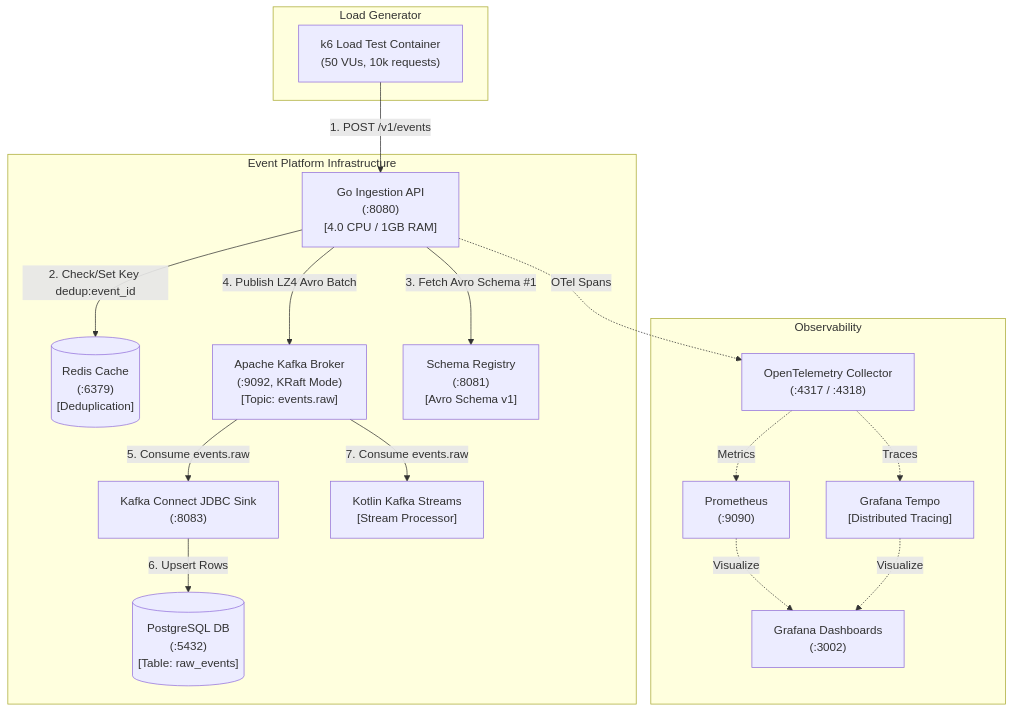
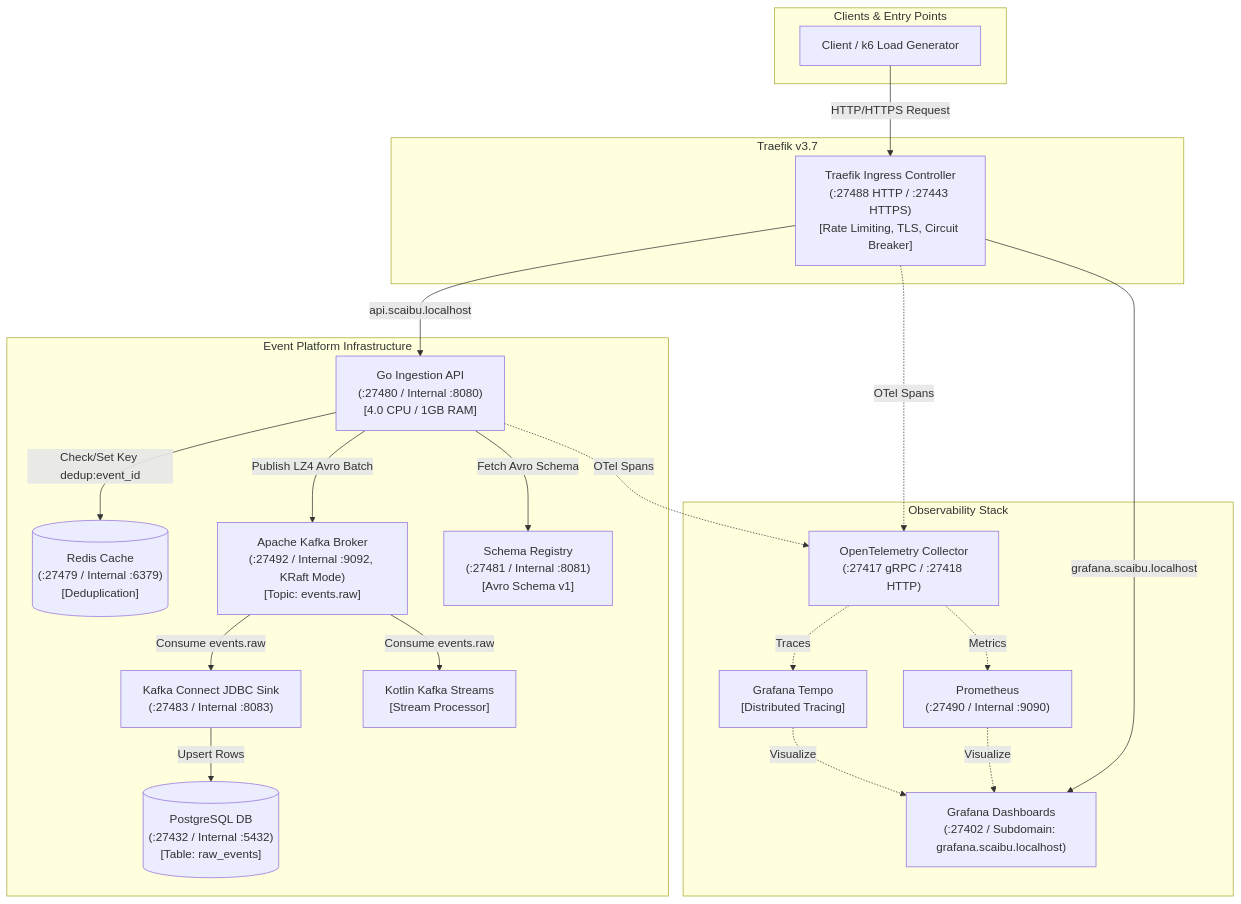
One commit to Chief-Strategist-J/messaging-pipeline changed the diagram in README.md. Above: the diagram before and after it, drawn with Mermaid. The commit also changed other lines of this file and 8 other files, not shown here.

Commit message:
feat: integrate Traefik v3 ingress layer with dedicated 274xx ports, dynamic configuration, and comprehensive documentation

````diff
--- a/README.md
+++ b/README.md
@@ -9,39 +9,48 @@
 ```mermaid
 flowchart TD
-    subgraph Load Generator
-        K6["k6 Load Test Container\n(50 VUs, 10k requests)"]
+    subgraph Clients & Entry Points
+        Client["Client / k6 Load Generator"]
+    end
+
+    subgraph Ingress Layer [Traefik v3.7]
+        TRAEFIK["Traefik Ingress Controller\n(:27488 HTTP / :27443 HTTPS)\n[Rate Limiting, TLS, Circuit Breaker]"]
     end
 
     subgraph Event Platform Infrastructure
-        API["Go Ingestion API\n(:8080)\n[4.0 CPU / 1GB RAM]"]
-        REDIS[("Redis Cache\n(:6379)\n[Deduplication]")]
-        KAFKA["Apache Kafka Broker\n(:9092, KRaft Mode)\n[Topic: events.raw]"]
-        SCHEMA["Schema Registry\n(:8081)\n[Avro Schema v1]"]
-        CONNECT["Kafka Connect JDBC Sink\n(:8083)"]
-        POSTGRES[("PostgreSQL DB\n(:5432)\n[Table: raw_events]")]
+        API["Go Ingestion API\n(:27480 / Internal :8080)\n[4.0 CPU / 1GB RAM]"]
+        REDIS[("Redis Cache\n(:27479 / Internal :6379)\n[Deduplication]")]
+        KAFKA["Apache Kafka Broker\n(:27492 / Internal :9092, KRaft Mode)\n[Topic: events.raw]"]
+        SCHEMA["Schema Registry\n(:27481 / Internal :8081)\n[Avro Schema v1]"]
+        CONNECT["Kafka Connect JDBC Sink\n(:27483 / Internal :8083)"]
+        POSTGRES[("PostgreSQL DB\n(:27432 / Internal :5432)\n[Table: raw_events]")]
         STREAMS["Kotlin Kafka Streams\n[Stream Processor]"]
     end
 
-    subgraph Observability
-        OTEL["OpenTelemetry Collector\n(:4317 / :4318)"]
-        PROMETHEUS["Prometheus\n(:9090)"]
+    subgraph Observability Stack
+        OTEL["OpenTelemetry Collector\n(:27417 gRPC / :27418 HTTP)"]
+        PROMETHEUS["Prometheus\n(:27490 / Internal :9090)"]
         TEMPO["Grafana Tempo\n[Distributed Tracing]"]
-        GRAFANA["Grafana Dashboards\n(:3002)"]
+        GRAFANA["Grafana Dashboards\n(:27402 / Subdomain: grafana.scaibu.localhost)"]
     end
 
-    %% Data Flow Connections
-    K6 -->|1. POST /v1/events| API
-    API -->|2. Check/Set Key dedup:event_id| REDIS
-    API -->|3. Fetch Avro Schema #1| SCHEMA
-    API -->|4. Publish LZ4 Avro Batch| KAFKA
-    KAFKA -->|5. Consume events.raw| CONNECT
-    CONNECT -->|6. Upsert Rows| POSTGRES
-    KAFKA -->|7. Consume events.raw| STREAMS
+    %% Routing Flow
+    Client -->|HTTP/HTTPS Request| TRAEFIK
+    TRAEFIK -->|api.scaibu.localhost| API
+    TRAEFIK -->|grafana.scaibu.localhost| GRAFANA
 
-    %% Observability Connections
+    %% Internal Data Flow
+    API -->|Check/Set Key dedup:event_id| REDIS
+    API -->|Fetch Avro Schema| SCHEMA
+    API -->|Publish LZ4 Avro Batch| KAFKA
+    KAFKA -->|Consume events.raw| CONNECT
+    CONNECT -->|Upsert Rows| POSTGRES
+    KAFKA -->|Consume events.raw| STREAMS
+
+    %% Observability Integration
+    TRAEFIK -.->|OTel Spans| OTEL
     API -.->|OTel Spans| OTEL
     OTEL -.->|Traces| TEMPO
     OTEL -.->|Metrics| PROMETHEUS
     PROMETHEUS -.->|Visualize| GRAFANA
     TEMPO -.->|Visualize| GRAFANA
 ```
````
